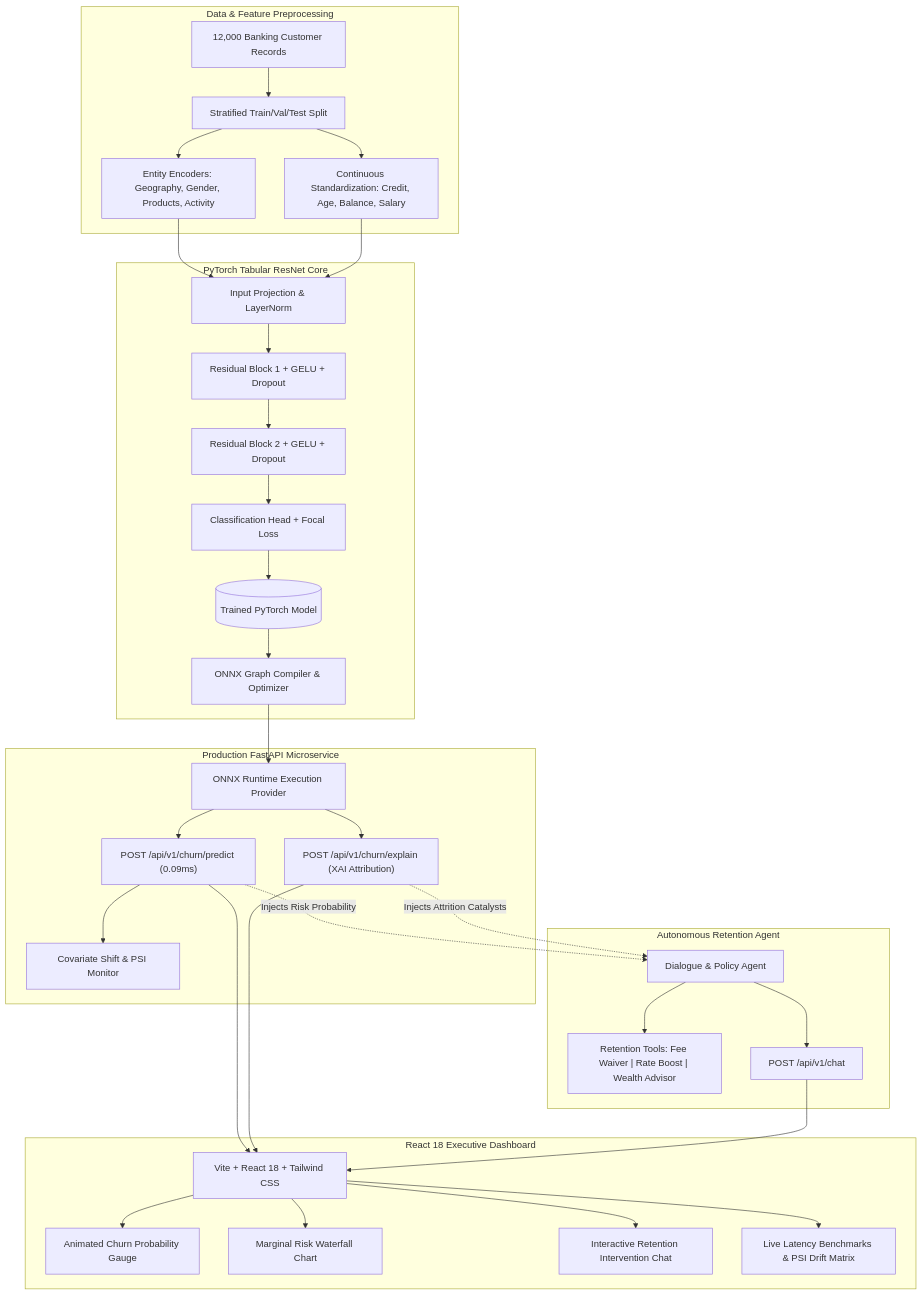
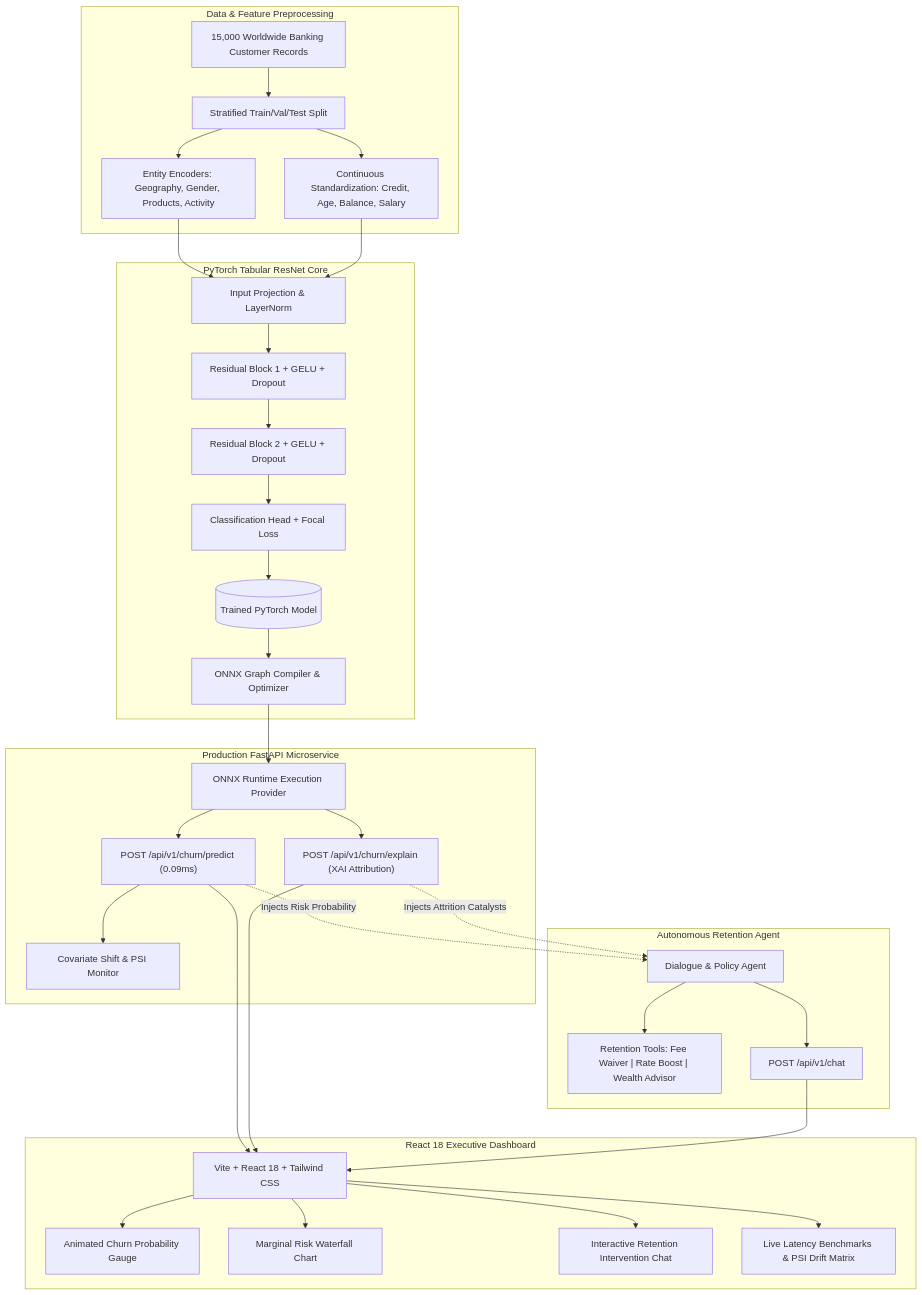
The diagram in README.md (Jyotiraditya1006/Customer-Churn-Personal), drawn with Mermaid before and after one commit. The commit also changed other lines of this file, not shown here.

Commit message:
docs: document worldwide multi-region banking architecture across 6 global divisions

````diff
--- a/README.md
+++ b/README.md
@@ -27,39 +27,39 @@
 ```mermaid
 flowchart TD
     subgraph Data_Pipeline [Data & Feature Preprocessing]
-        Raw[12,000 Banking Customer Records] --> Clean[Stratified Train/Val/Test Split]
+        Raw[15,000 Worldwide Banking Customer Records] --> Clean[Stratified Train/Val/Test Split]
         Clean --> CatEmbed[Entity Encoders: Geography, Gender, Products, Activity]
         Clean --> ContNorm[Continuous Standardization: Credit, Age, Balance, Salary]
     end
 
     subgraph Deep_Learning_Core [PyTorch Tabular ResNet Core]
         CatEmbed & ContNorm --> InputProj[Input Projection & LayerNorm]
         InputProj --> ResBlock1[Residual Block 1 + GELU + Dropout]
         ResBlock1 --> ResBlock2[Residual Block 2 + GELU + Dropout]
         ResBlock2 --> Head[Classification Head + Focal Loss]
         Head --> PyTorchModel[(Trained PyTorch Model)]
         PyTorchModel --> ONNXExport[ONNX Graph Compiler & Optimizer]
     end
 
     subgraph Serving_Layer [Production FastAPI Microservice]
         ONNXExport --> ONNXEngine[ONNX Runtime Execution Provider]
         ONNXEngine --> API_Predict["POST /api/v1/churn/predict (0.09ms)"]
         ONNXEngine --> API_Explain["POST /api/v1/churn/explain (XAI Attribution)"]
         API_Predict --> DriftMonitor[Covariate Shift & PSI Monitor]
     end
 
     subgraph Agent_Layer [Autonomous Retention Agent]
         API_Predict -.->|Injects Risk Probability| Agent[Dialogue & Policy Agent]
         API_Explain -.->|Injects Attrition Catalysts| Agent
         Agent --> ToolExec["Retention Tools: Fee Waiver | Rate Boost | Wealth Advisor"]
         Agent --> API_Chat["POST /api/v1/chat"]
     end
 
     subgraph Frontend_Presentation [React 18 Executive Dashboard]
         API_Predict & API_Explain & API_Chat --> ReactApp[Vite + React 18 + Tailwind CSS]
         ReactApp --> GaugeUI[Animated Churn Probability Gauge]
         ReactApp --> XAIUI[Marginal Risk Waterfall Chart]
         ReactApp --> ChatUI[Interactive Retention Intervention Chat]
         ReactApp --> TelemetryUI[Live Latency Benchmarks & PSI Drift Matrix]
     end
 ```
````
